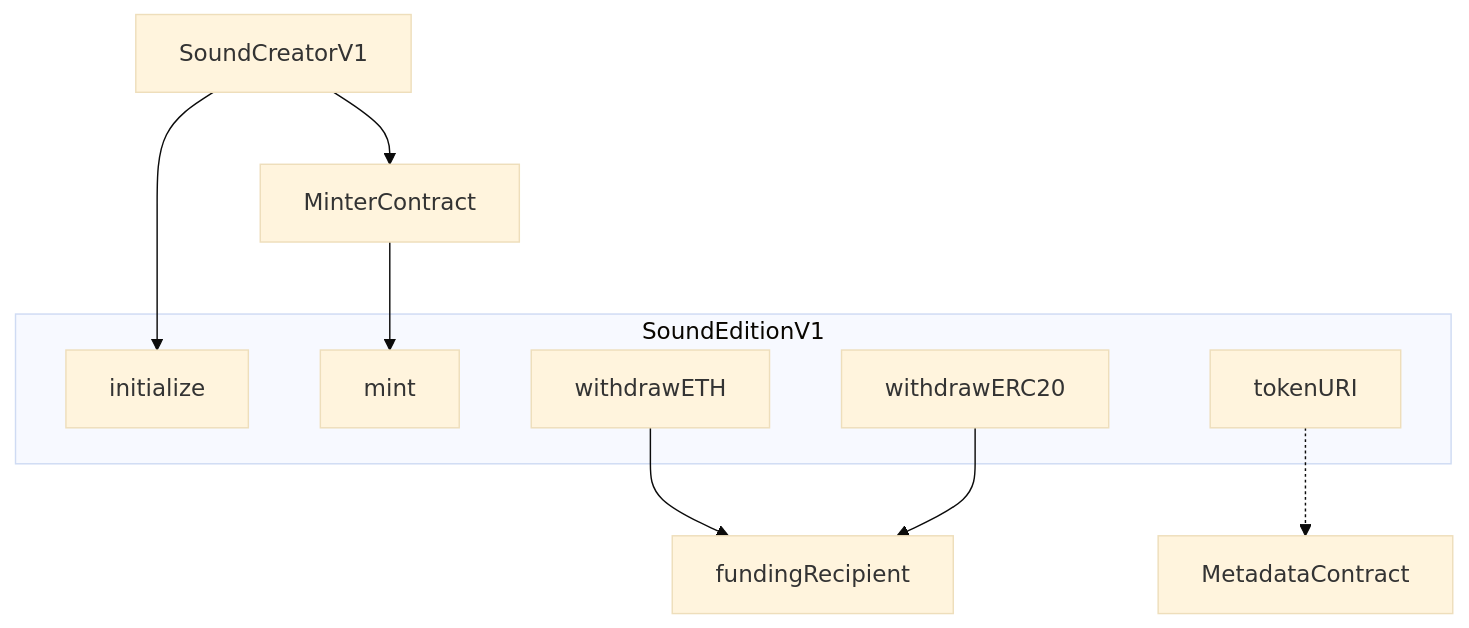
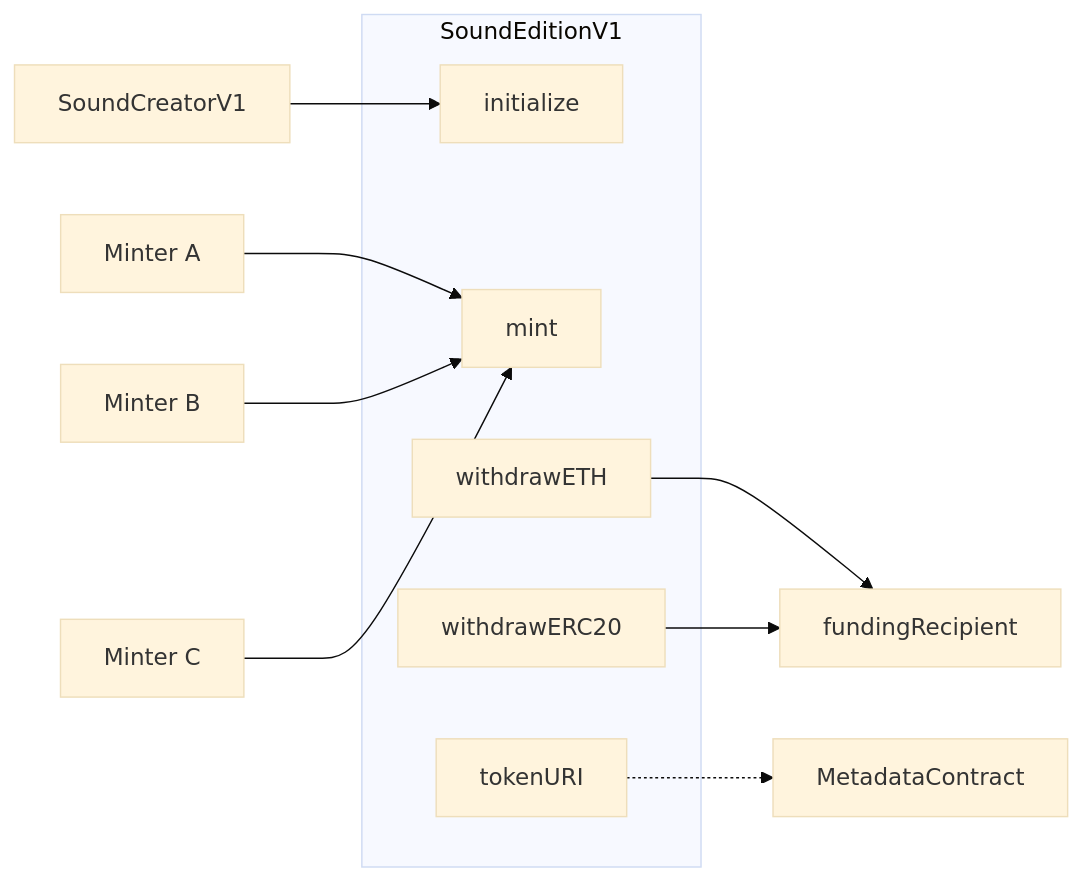
Before and after one commit to soundxyz/sound-protocol: the diagram in README.md, drawn with Mermaid (base theme).

Commit message:
left-right

````diff
--- a/README.md
+++ b/README.md
@@ -60,18 +60,19 @@
 ```mermaid
-graph TD
+flowchart LR
     SoundCreatorV1 --> initialize
-    SoundCreatorV1 --> MinterContract
 
     subgraph SoundEditionV1
     initialize
     mint
     withdrawETH
     withdrawERC20
     tokenURI
     end
 
     tokenURI -.-> MetadataContract
-    MinterContract --> mint
+    A[Minter A] --> mint
+    B[Minter B] --> mint
+    C[Minter C] --> mint
     withdrawETH --> fundingRecipient
     withdrawERC20 --> fundingRecipient
 ```
````
